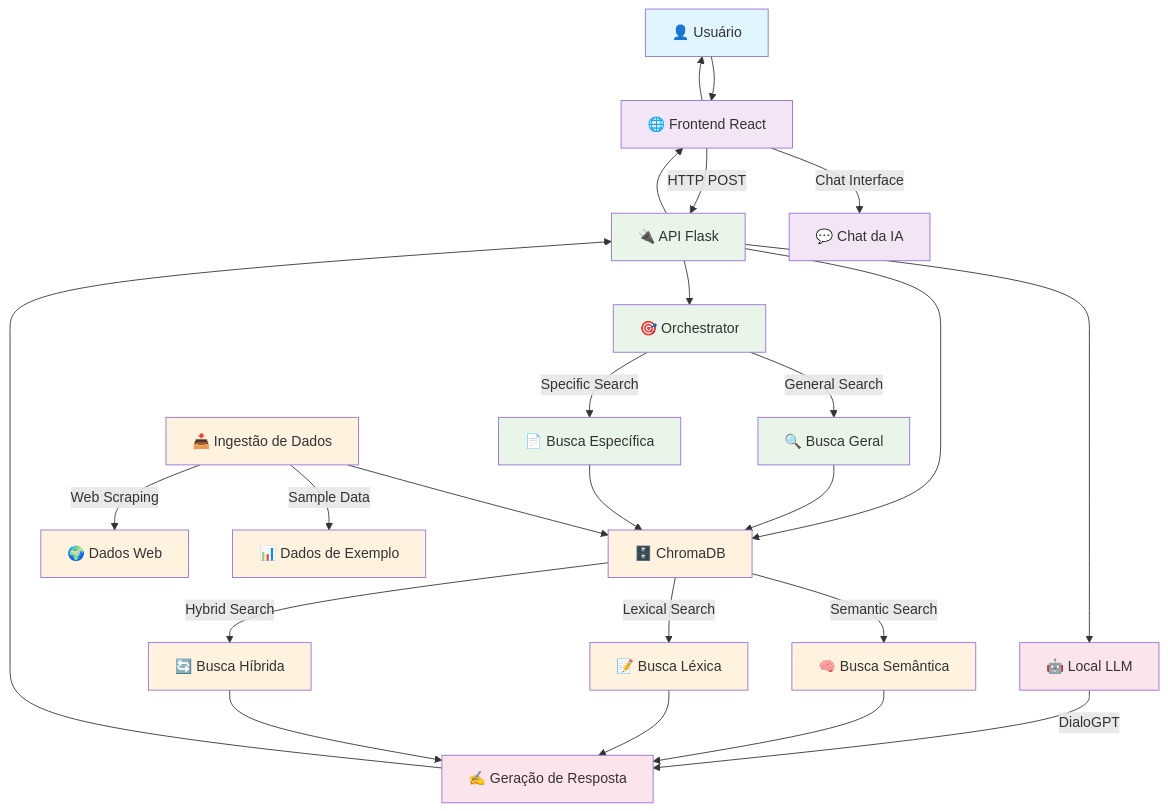
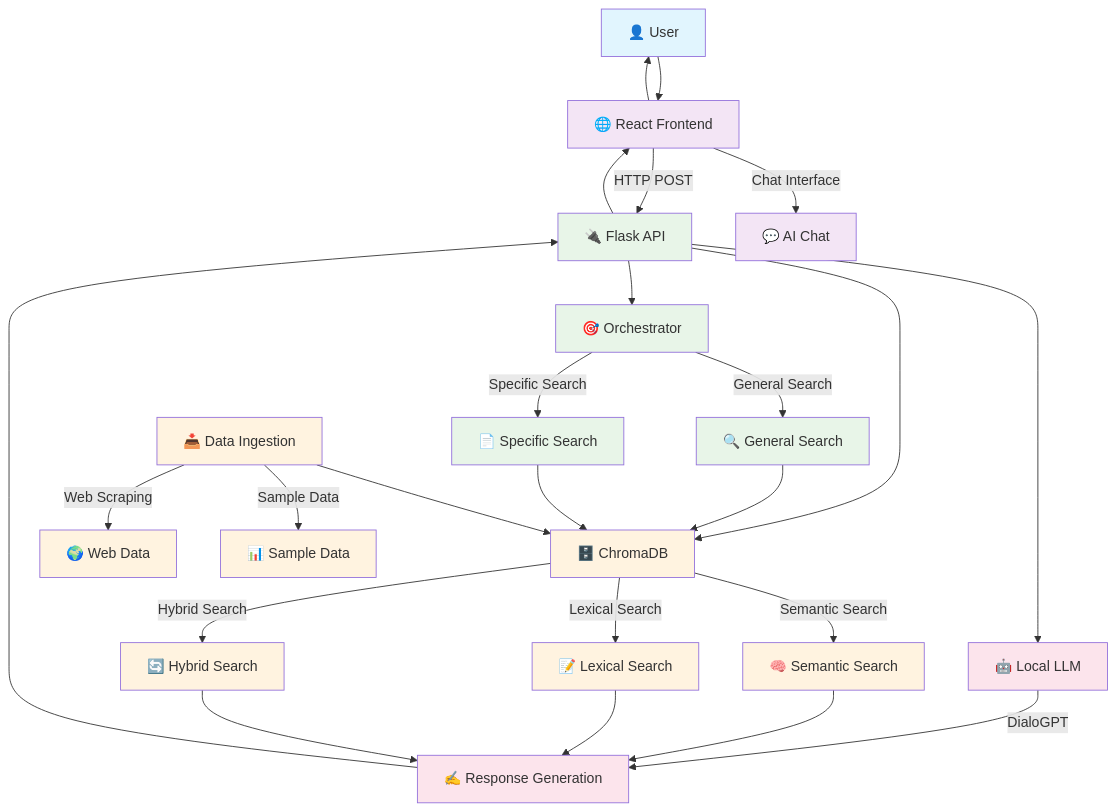
The diagram in ARCHITECTURE.md (romariogl/academIA), drawn with Mermaid before and after one commit. The commit also changed other lines of this file and 1 other file, not shown here.

First line of the commit message:
Update architecture and README documentation for Academ.ia system

````diff
--- a/ARCHITECTURE.md
+++ b/ARCHITECTURE.md
@@ -9,56 +9,56 @@
 ```mermaid
 graph TB
-    %% Usuário
-    User[👤 Usuário] --> Frontend[🌐 Frontend React]
+    %% User
+    User[👤 User] --> Frontend[🌐 React Frontend]
     
     %% Frontend
-    Frontend --> |HTTP POST| API[🔌 API Flask]
-    Frontend --> |Chat Interface| ChatUI[💬 Chat da IA]
+    Frontend --> |HTTP POST| API[🔌 Flask API]
+    Frontend --> |Chat Interface| ChatUI[💬 AI Chat]
     
     %% Backend
     API --> Orchestrator[🎯 Orchestrator]
     API --> VectorStore[🗄️ ChromaDB]
     API --> LLM[🤖 Local LLM]
     
     %% Orchestrator
-    Orchestrator --> |General Search| GeneralSearch[🔍 Busca Geral]
-    Orchestrator --> |Specific Search| SpecificSearch[📄 Busca Específica]
+    Orchestrator --> |General Search| GeneralSearch[🔍 General Search]
+    Orchestrator --> |Specific Search| SpecificSearch[📄 Specific Search]
     
     %% Vector Store
-    VectorStore --> |Semantic Search| SemanticSearch[🧠 Busca Semântica]
-    VectorStore --> |Lexical Search| LexicalSearch[📝 Busca Léxica]
-    VectorStore --> |Hybrid Search| HybridSearch[🔄 Busca Híbrida]
+    VectorStore --> |Semantic Search| SemanticSearch[🧠 Semantic Search]
+    VectorStore --> |Lexical Search| LexicalSearch[📝 Lexical Search]
+    VectorStore --> |Hybrid Search| HybridSearch[🔄 Hybrid Search]
     
     %% LLM
-    LLM --> |DialoGPT| ResponseGen[✍️ Geração de Resposta]
+    LLM --> |DialoGPT| ResponseGen[✍️ Response Generation]
     
     %% Data Flow
     GeneralSearch --> VectorStore
     SpecificSearch --> VectorStore
     SemanticSearch --> ResponseGen
     LexicalSearch --> ResponseGen
     HybridSearch --> ResponseGen
     
     %% Response
     ResponseGen --> API
     API --> Frontend
     Frontend --> User
     
     %% Data Ingestion
-    DataIngestion[📥 Ingestão de Dados] --> VectorStore
-    DataIngestion --> |Web Scraping| WebData[🌍 Dados Web]
-    DataIngestion --> |Sample Data| SampleData[📊 Dados de Exemplo]
+    DataIngestion[📥 Data Ingestion] --> VectorStore
+    DataIngestion --> |Web Scraping| WebData[🌍 Web Data]
+    DataIngestion --> |Sample Data| SampleData[📊 Sample Data]
     
     %% Styling
     classDef userClass fill:#e1f5fe
     classDef frontendClass fill:#f3e5f5
     classDef backendClass fill:#e8f5e8
     classDef dataClass fill:#fff3e0
     classDef aiClass fill:#fce4ec
     
     class User userClass
     class Frontend,ChatUI frontendClass
     class API,Orchestrator,GeneralSearch,SpecificSearch backendClass
     class VectorStore,SemanticSearch,LexicalSearch,HybridSearch,DataIngestion,WebData,SampleData dataClass
     class LLM,ResponseGen aiClass
 ```
````
